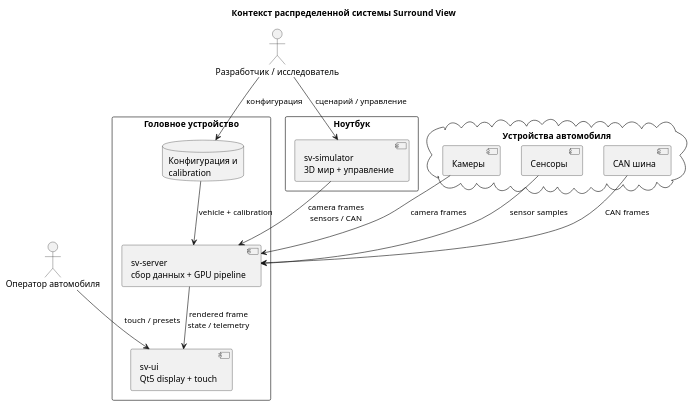
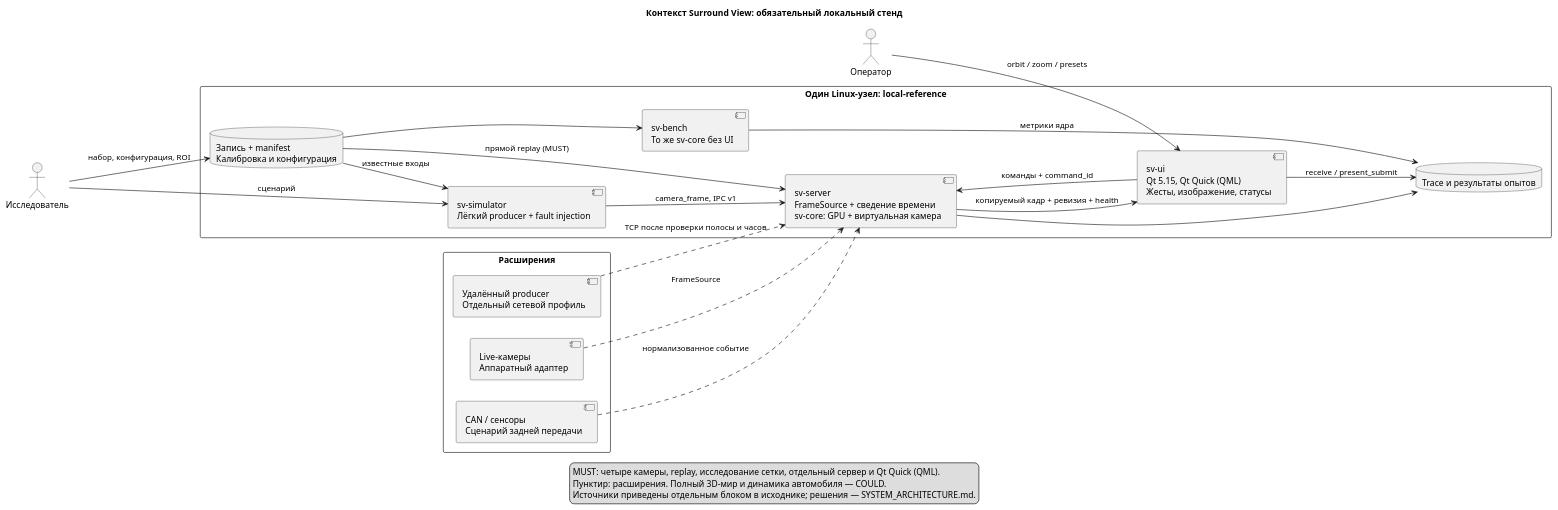
One commit to AKTOETO/Surround-view changed the diagram in docs/diagrams/system-context.puml. Above: the diagram before and after it, drawn with PlantUML. The commit also changed other lines of this file and 17 other files, not shown here.

Commit message:
docs: align surround view plan with audit

```diff
--- a/docs/diagrams/system-context.puml
+++ b/docs/diagrams/system-context.puml
@@ -1,33 +1,40 @@
-@startuml Контекст распределенной системы Surround View
-title Контекст распределенной системы Surround View
-
-actor "Оператор автомобиля" as Operator
-actor "Разработчик / исследователь" as Researcher
-
-rectangle "Ноутбук" {
-  component "sv-simulator\n3D мир + управление" as Simulator
+@startuml
+title Контекст Surround View: обязательный локальный стенд
+' Статус: проектная редакция 19.09.2026. Решения: SYSTEM_ARCHITECTURE.md, ADR-001/002/003.
+left to right direction
+actor "Оператор" as Operator
+actor "Исследователь" as Researcher
+rectangle "Один Linux-узел: local-reference" {
+  database "Запись + manifest\nКалибровка и конфигурация" as Data
+  component "sv-simulator\nЛёгкий producer + fault injection" as Producer
+  component "sv-server\nFrameSource + сведение времени\nsv-core: GPU + виртуальная камера" as Server
+  component "sv-ui\nQt 5.15, Qt Quick (QML)\nЖесты, изображение, статусы" as UI
+  component "sv-bench\nТо же sv-core без UI" as Bench
+  database "Trace и результаты опытов" as Trace
 }
-
-rectangle "Головное устройство" {
-  component "sv-server\nсбор данных + GPU pipeline" as Server
-  component "sv-ui\nQt5 display + touch" as UI
-  database "Конфигурация и\ncalibration" as Config
+rectangle "Расширения" {
+  component "Удалённый producer\nОтдельный сетевой профиль" as Remote
+  component "Live-камеры\nАппаратный адаптер" as Hardware
+  component "CAN / сенсоры\nСценарий задней передачи" as Vehicle
 }
-
-cloud "Устройства автомобиля" {
-  component "Камеры" as Cameras
-  component "Сенсоры" as Sensors
-  component "CAN шина" as CAN
-}
-
-Operator --> UI : touch / presets
-Researcher --> Simulator : сценарий / управление
-Researcher --> Config : конфигурация
-Simulator --> Server : camera frames\nsensors / CAN
-Cameras --> Server : camera frames
-Sensors --> Server : sensor samples
-CAN --> Server : CAN frames
-Config --> Server : vehicle + calibration
-Server --> UI : rendered frame\nstate / telemetry
-
+Researcher --> Data : набор, конфигурация, ROI
+Researcher --> Producer : сценарий
+Data --> Server : прямой replay (MUST)
+Data --> Producer : известные входы
+Data --> Bench
+Producer --> Server : camera_frame, IPC v1
+Operator --> UI : orbit / zoom / presets
+UI --> Server : команды + command_id
+Server --> UI : копируемый кадр + ревизия + health
+Server --> Trace
+UI --> Trace : receive / present_submit
+Bench --> Trace : метрики ядра
+Remote ..> Server : TCP после проверки полосы и часов
+Hardware ..> Server : FrameSource
+Vehicle ..> Server : нормализованное событие
+legend bottom
+  MUST: четыре камеры, replay, исследование сетки, отдельный сервер и Qt Quick (QML).
+  Пунктир: расширения. Полный 3D-мир и динамика автомобиля — COULD.
+  Источники приведены отдельным блоком в исходнике; решения — SYSTEM_ARCHITECTURE.md.
+endlegend
 @enduml
```
